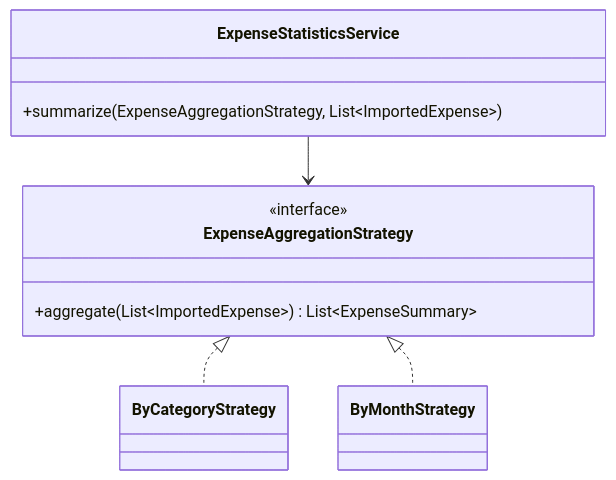
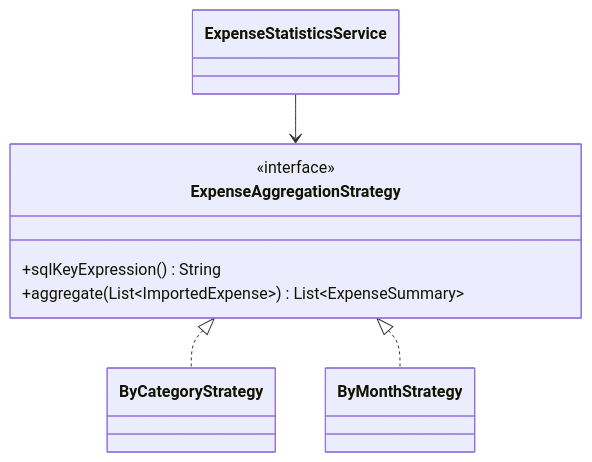
Before and after one commit to BoyTay/BankingApp: the third of 3 diagrams in docs/patterns.md, drawn with Mermaid. The commit also changed other lines of this file and 3 other files, not shown here.

````diff
--- a/docs/patterns.md
+++ b/docs/patterns.md
@@ -62,15 +65,14 @@
 ```mermaid
 classDiagram
   class ExpenseAggregationStrategy {
     <<interface>>
+    +sqlKeyExpression() String
     +aggregate(List~ImportedExpense~) List~ExpenseSummary~
   }
   class ByCategoryStrategy
   class ByMonthStrategy
-  class ExpenseStatisticsService {
-    +summarize(ExpenseAggregationStrategy, List~ImportedExpense~)
-  }
+  class ExpenseStatisticsService
   ExpenseAggregationStrategy <|.. ByCategoryStrategy
   ExpenseAggregationStrategy <|.. ByMonthStrategy
   ExpenseStatisticsService --> ExpenseAggregationStrategy
 ```
````
